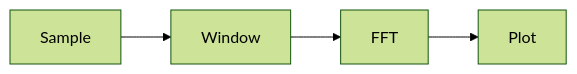
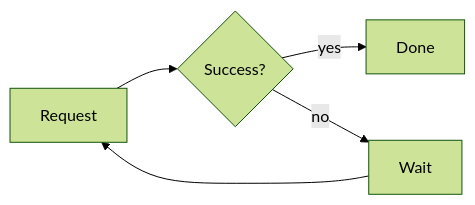
The second of 4 diagrams in examples/showcase.md (kanad13/lightweight-markdown-preview), drawn with Mermaid (forest theme) before and after one commit. The commit also changed other lines of this file and 19 other files, not shown here.

````diff
--- a/examples/showcase.md
+++ b/examples/showcase.md
@@ -13,4 +75,6 @@
 ```mermaid
 flowchart LR
-  A[Sample] --> B[Window] --> C[FFT] --> D[Plot]
+  A[Request] --> B{Success?}
+  B -- yes --> C[Done]
+  B -- no --> D[Wait] --> A
 ```
````
